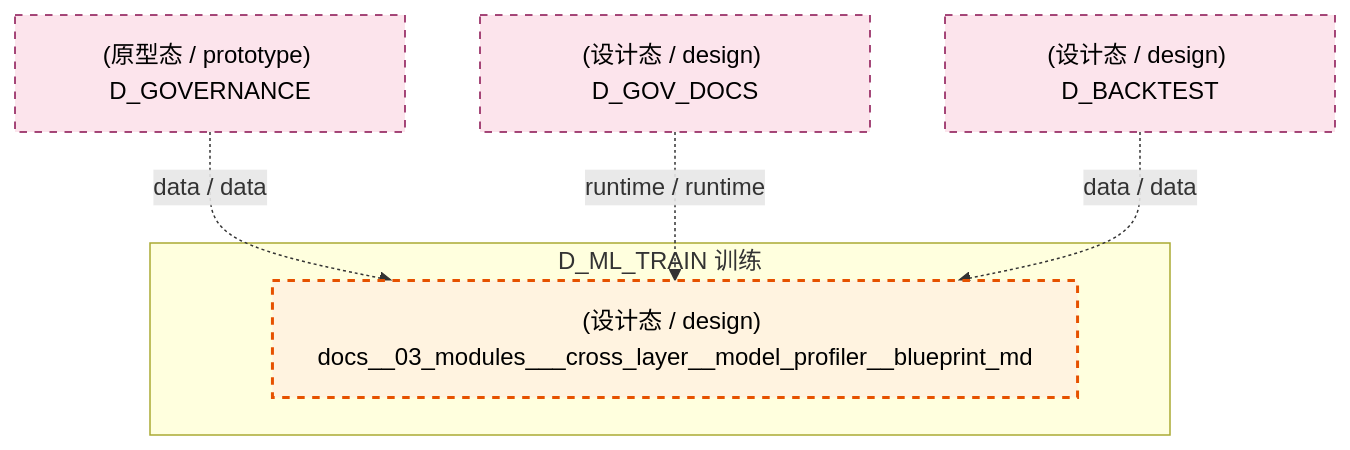
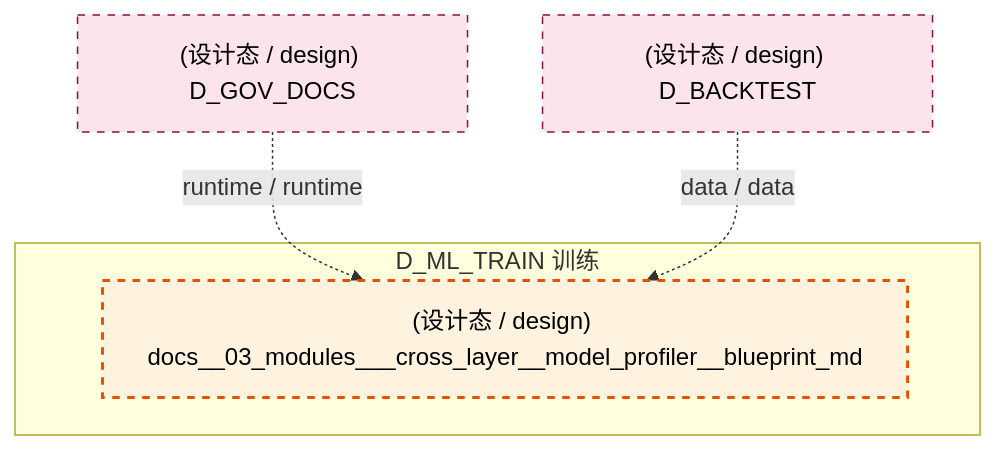
Before and after one commit to xuanFelixVan/ZephyrAlpha: the second of 4 diagrams in docs/02_enterprise_architecture/02_domain_architecture_docs/50_d_ml_train.md, drawn with Mermaid. The commit also changed other lines of this file and 126 other files, not shown here.

````diff
--- a/docs/02_enterprise_architecture/02_domain_architecture_docs/50_d_ml_train.md
+++ b/docs/02_enterprise_architecture/02_domain_architecture_docs/50_d_ml_train.md
@@ -130,18 +125,16 @@
 ```mermaid
 graph TD
     subgraph D_ML_TRAIN["D_ML_TRAIN 训练"]
         docs_03_modules_cross_layer_model_profiler_blueprint_md["(设计态 / design) docs__03_modules___cross_layer__model_profiler__blueprint_md"]
     end
-    D_GOVERNANCE["(原型态 / prototype) D_GOVERNANCE"]
-    D_GOVERNANCE -.->|data / data| docs_03_modules_cross_layer_model_profiler_blueprint_md
     D_GOV_DOCS["(设计态 / design) D_GOV_DOCS"]
     D_GOV_DOCS -.->|runtime / runtime| docs_03_modules_cross_layer_model_profiler_blueprint_md
     D_BACKTEST["(设计态 / design) D_BACKTEST"]
     D_BACKTEST -.->|data / data| docs_03_modules_cross_layer_model_profiler_blueprint_md
     classDef production fill:#e1f5fe,stroke:#01579b,stroke-width:2px,color:#000
     classDef design fill:#fff3e0,stroke:#e65100,stroke-width:2px,color:#000,stroke-dasharray: 5 5
     classDef external_prod fill:#e8f5e9,stroke:#1b5e20,stroke-width:1px,color:#000
     classDef external_design fill:#fce4ec,stroke:#880e4f,stroke-width:1px,color:#000,stroke-dasharray: 5 5
     class docs_03_modules_cross_layer_model_profiler_blueprint_md design
-    class D_GOVERNANCE,D_GOV_DOCS,D_BACKTEST external_design
+    class D_GOV_DOCS,D_BACKTEST external_design
 ```
````
